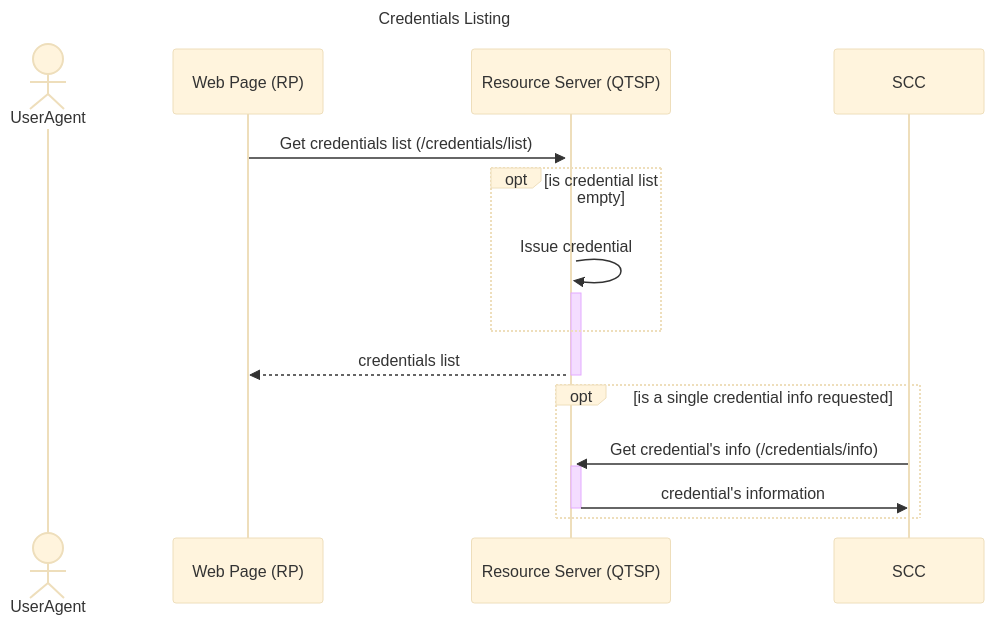
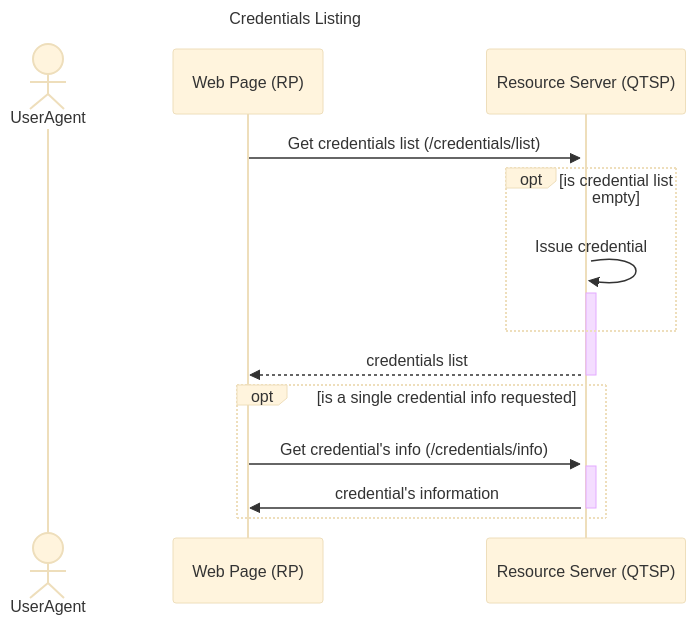
One commit to niscy-eudiw/eudi-srv-web-walletdriven-signer-qtsp-java changed the fifth of 6 diagrams in README.md. Above: the diagram before and after it, drawn with Mermaid (base theme).

Commit message:
Small fix in sequence diagram in README.md

````diff
--- a/README.md
+++ b/README.md
@@ -218,20 +218,19 @@
 ```mermaid
 sequenceDiagram
     title Credentials Listing
     
     actor U as UserAgent
     participant RP as Web Page (RP)
     participant RS as Resource Server (QTSP)
     
-
     RP->>+RS: Get credentials list (/credentials/list)
     opt is credential list empty
         RS->>+RS: Issue credential
     end
     RS-->>-RP: credentials list
 
     opt is a single credential info requested
-        SCC->>+RS: Get credential's info (/credentials/info)
-        RS->>-SCC: credential's information
+        RP->>+RS: Get credential's info (/credentials/info)
+        RS->>-RP: credential's information
    end
 ```
````
